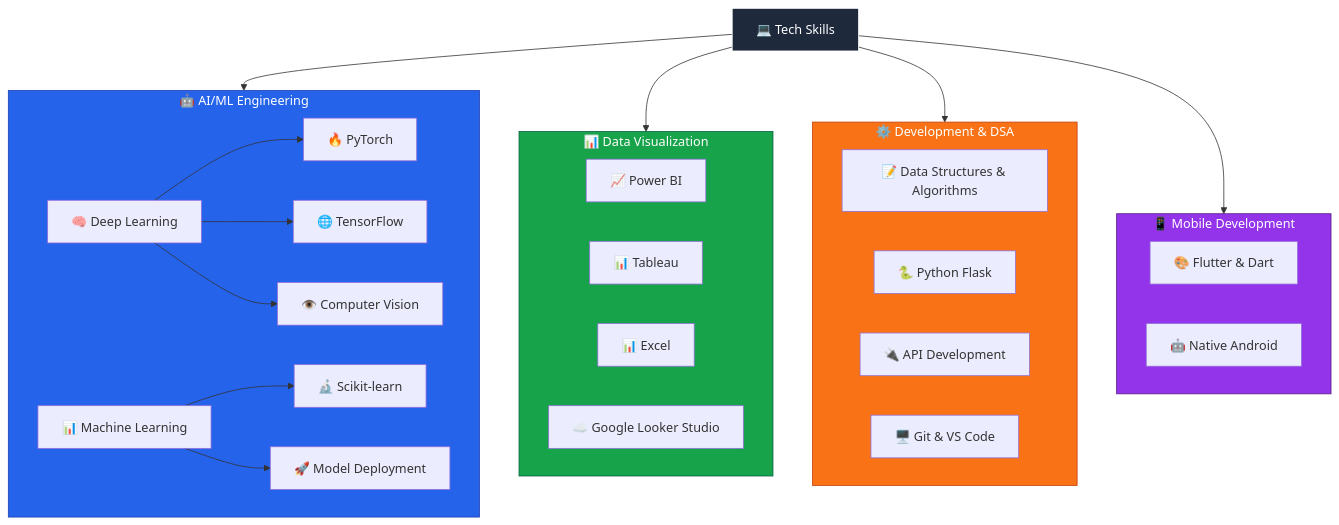
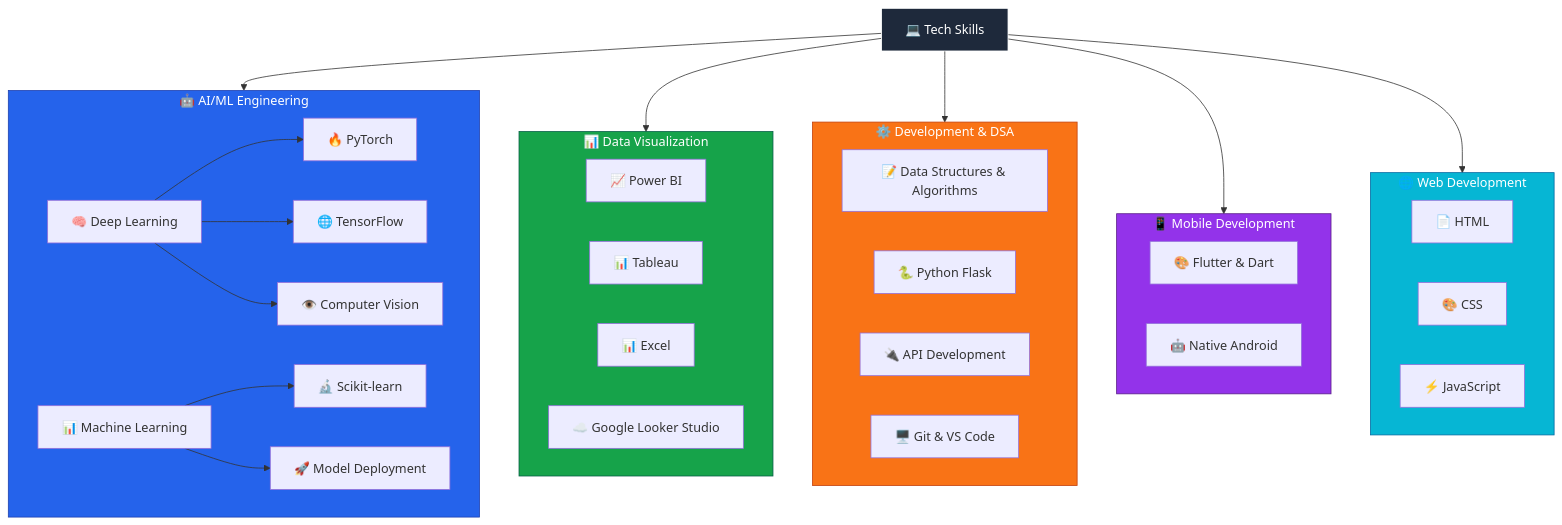
Before and after one commit to MangaKaveri/MangaKaveri: the diagram in README.md, drawn with Mermaid.

Commit message:
README.md

````diff
--- a/README.md
+++ b/README.md
@@ -84,54 +84,61 @@
 ```mermaid
 flowchart TD
   %% Root
   A[💻 Tech Skills]
 
   %% AI/ML Engineering
   subgraph B[🤖 AI/ML Engineering]
     C[🧠 Deep Learning]
     C --> D[🔥 PyTorch]
     C --> E[🌐 TensorFlow]
     C --> F[👁️ Computer Vision]
 
     G[📊 Machine Learning]
     G --> H[🔬 Scikit-learn]
     G --> I[🚀 Model Deployment]
   end
   A --> B
 
   %% Data Visualization
   subgraph J[📊 Data Visualization]
     K[📈 Power BI]
     L[📊 Tableau]
     M[📊 Excel]
     N[☁️ Google Looker Studio]
   end
   A --> J
 
   %% Development & DSA
   subgraph O[⚙️ Development & DSA]
     P[📝 Data Structures & Algorithms]
     Q[🐍 Python Flask]
     R[🔌 API Development]
     S[🖥️ Git & VS Code]
   end
   A --> O
 
   %% Mobile Development
   subgraph T[📱 Mobile Development]
     U[🎨 Flutter & Dart]
     V[🤖 Native Android]
   end
   A --> T
 
+  %% Web Development (NEW)
+  subgraph W[🌐 Web Development]
+    X[📄 HTML]
+    Y[🎨 CSS]
+    Z[⚡ JavaScript]
+  end
+  A --> W
+
   %% --- COLORS ---
   style A fill:#1e293b,stroke:#ffffff,color:#ffffff
 
   style B fill:#2563eb,stroke:#1e40af,color:#ffffff
   style J fill:#16a34a,stroke:#065f46,color:#ffffff
   style O fill:#f97316,stroke:#c2410c,color:#ffffff
   style T fill:#9333ea,stroke:#581c87,color:#ffffff
-
-
+  style W fill:#06b6d4,stroke:#0369a1,color:#ffffff
 
 ```
````
